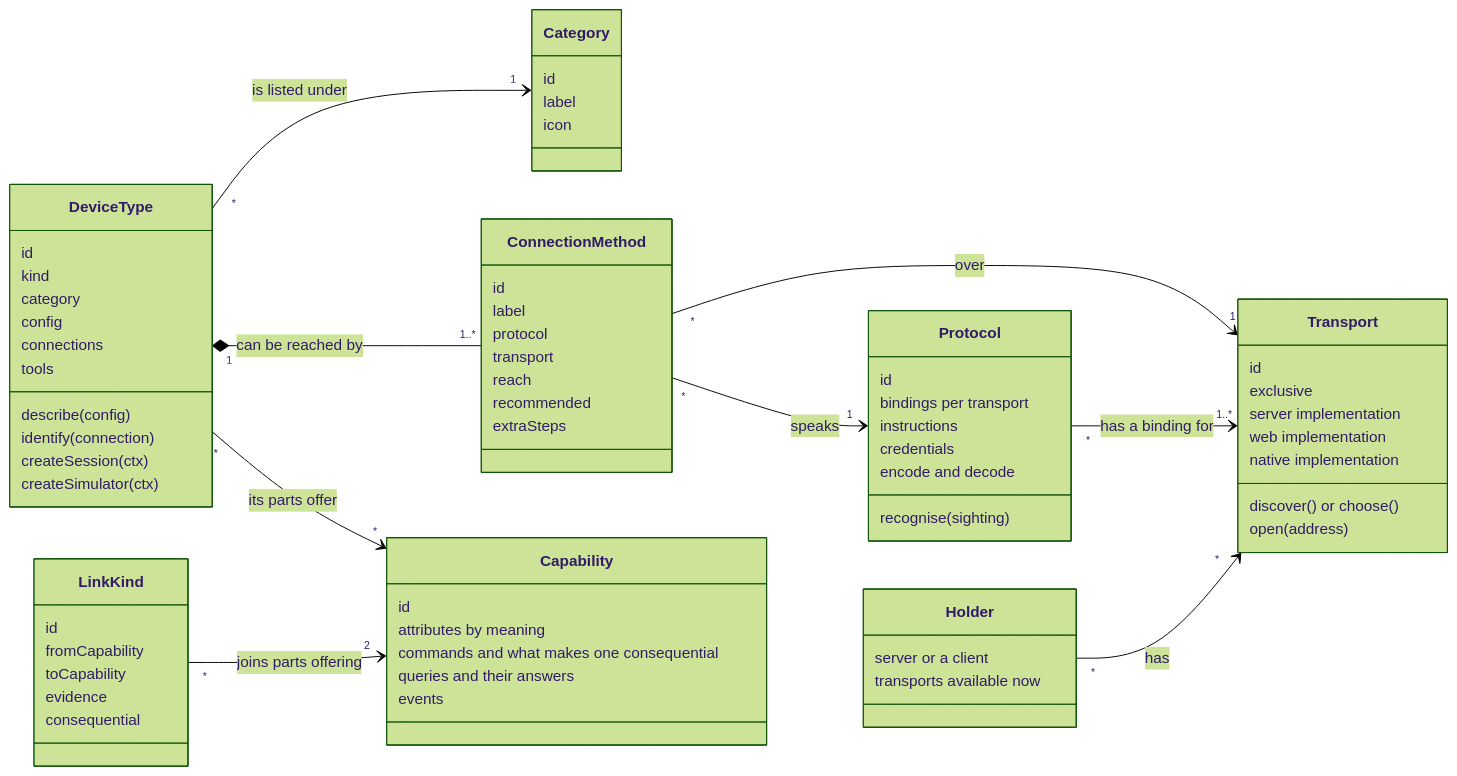
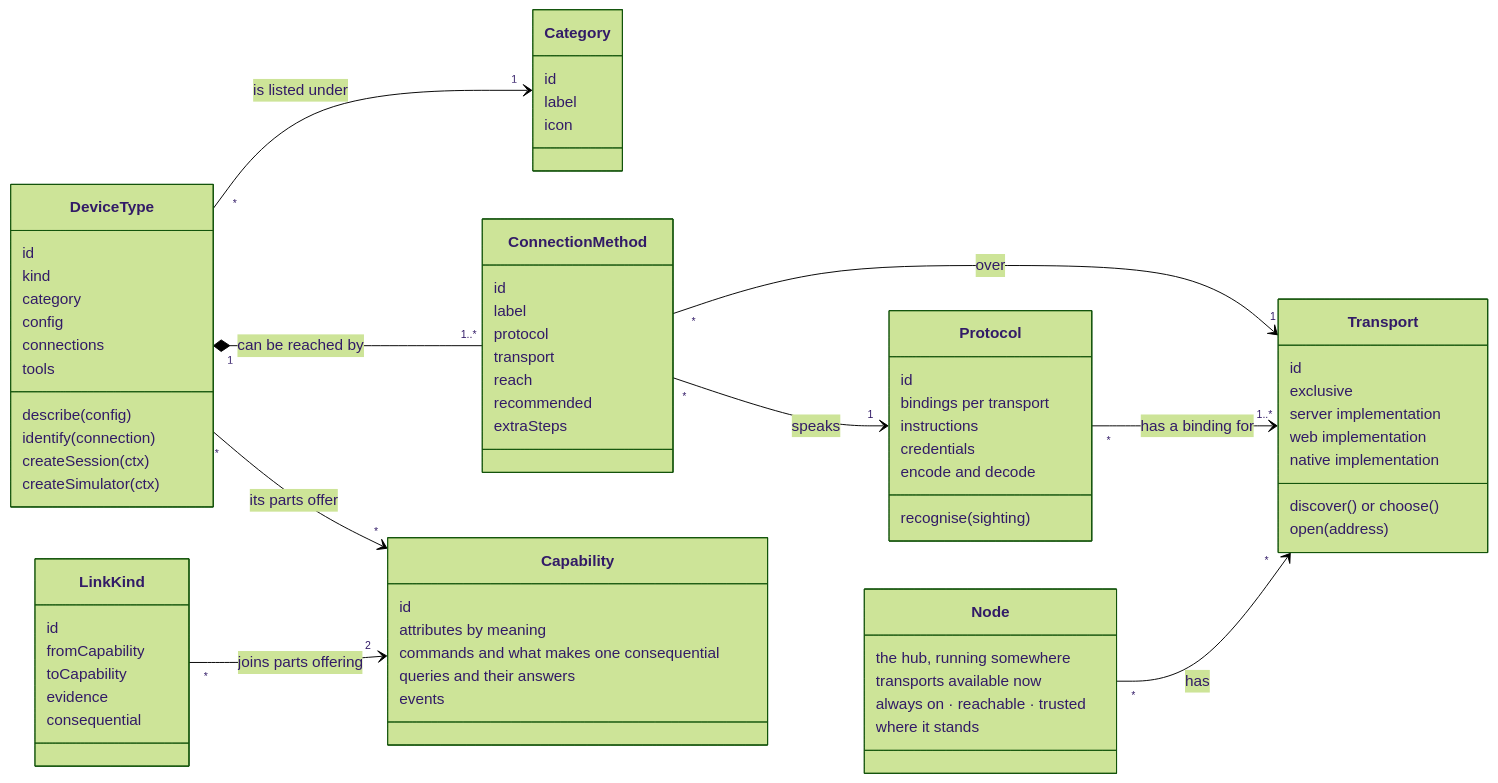
The second of 4 diagrams in docs/DATA-MODEL.md (olofd/kraftverk), drawn with Mermaid (forest theme) before and after one commit. The commit also changed other lines of this file and 105 other files, not shown here.

````diff
--- a/docs/DATA-MODEL.md
+++ b/docs/DATA-MODEL.md
@@ -190,75 +190,77 @@
 ```mermaid
 classDiagram
   direction LR
 
   class Category {
     id
     label
     icon
   }
   class DeviceType {
     id
     kind
     category
     describe(config)
     config
     connections
     tools
     identify(connection)
     createSession(ctx)
     createSimulator(ctx)
   }
   class ConnectionMethod {
     id
     label
     protocol
     transport
     reach
     recommended
     extraSteps
   }
   class Protocol {
     id
     bindings per transport
     recognise(sighting)
     instructions
     credentials
     encode and decode
   }
   class Transport {
     id
     exclusive
     server implementation
     web implementation
     native implementation
     discover() or choose()
     open(address)
   }
-  class Holder {
-    server or a client
+  class Node {
+    the hub, running somewhere
     transports available now
+    always on · reachable · trusted
+    where it stands
   }
   class Capability {
     id
     attributes by meaning
     commands and what makes one consequential
     queries and their answers
     events
   }
   class LinkKind {
     id
     fromCapability
     toCapability
     evidence
     consequential
   }
 
   DeviceType "*" --> "1" Category : is listed under
   DeviceType "1" *-- "1..*" ConnectionMethod : can be reached by
   ConnectionMethod "*" --> "1" Protocol : speaks
   ConnectionMethod "*" --> "1" Transport : over
   Protocol "*" --> "1..*" Transport : has a binding for
-  Holder "*" --> "*" Transport : has
+  Node "*" --> "*" Transport : has
   DeviceType "*" --> "*" Capability : its parts offer
   LinkKind "*" --> "2" Capability : joins parts offering
 ```
````
